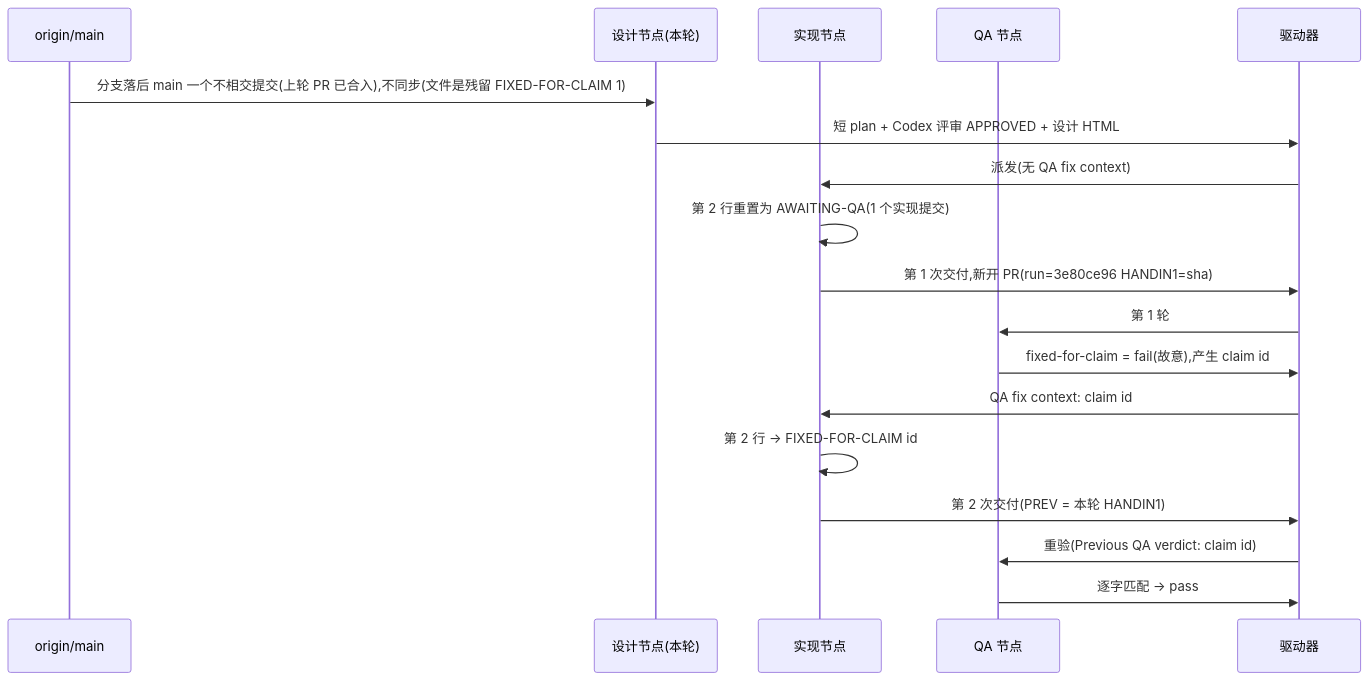
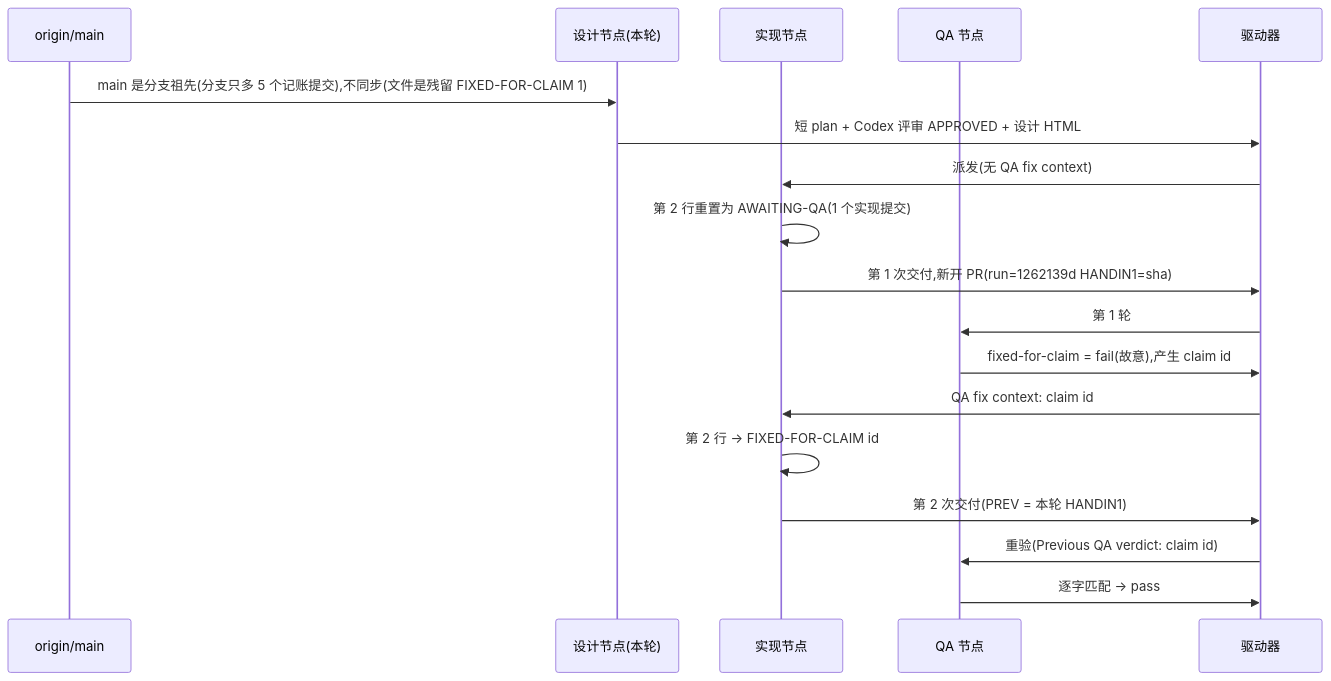
The diagram in engineering/doc/FLY-3150-real-runner-drill/d1-core-flow.mmd (xrliAnnie/flywheel-qa-sandbox), drawn with Mermaid before and after one commit. The commit also changed 4 other files, not shown here.

```diff
--- a/engineering/doc/FLY-3150-real-runner-drill/d1-core-flow.mmd
+++ b/engineering/doc/FLY-3150-real-runner-drill/d1-core-flow.mmd
@@ -1,18 +1,18 @@
 sequenceDiagram
     participant M as origin/main
     participant S as 设计节点(本轮)
     participant I as 实现节点
     participant Q as QA 节点
     participant D as 驱动器
-    M->>S: 分支落后 main 一个不相交提交(上轮 PR 已合入),不同步(文件是残留 FIXED-FOR-CLAIM 1)
+    M->>S: main 是分支祖先(分支只多 5 个记账提交),不同步(文件是残留 FIXED-FOR-CLAIM 1)
     S->>D: 短 plan + Codex 评审 APPROVED + 设计 HTML
     D->>I: 派发(无 QA fix context)
     I->>I: 第 2 行重置为 AWAITING-QA(1 个实现提交)
-    I->>D: 第 1 次交付,新开 PR(run=3e80ce96 HANDIN1=sha)
+    I->>D: 第 1 次交付,新开 PR(run=1262139d HANDIN1=sha)
     D->>Q: 第 1 轮
     Q->>D: fixed-for-claim = fail(故意),产生 claim id
     D->>I: QA fix context: claim id
     I->>I: 第 2 行 → FIXED-FOR-CLAIM id
     I->>D: 第 2 次交付(PREV = 本轮 HANDIN1)
     D->>Q: 重验(Previous QA verdict: claim id)
     Q->>D: 逐字匹配 → pass
```
